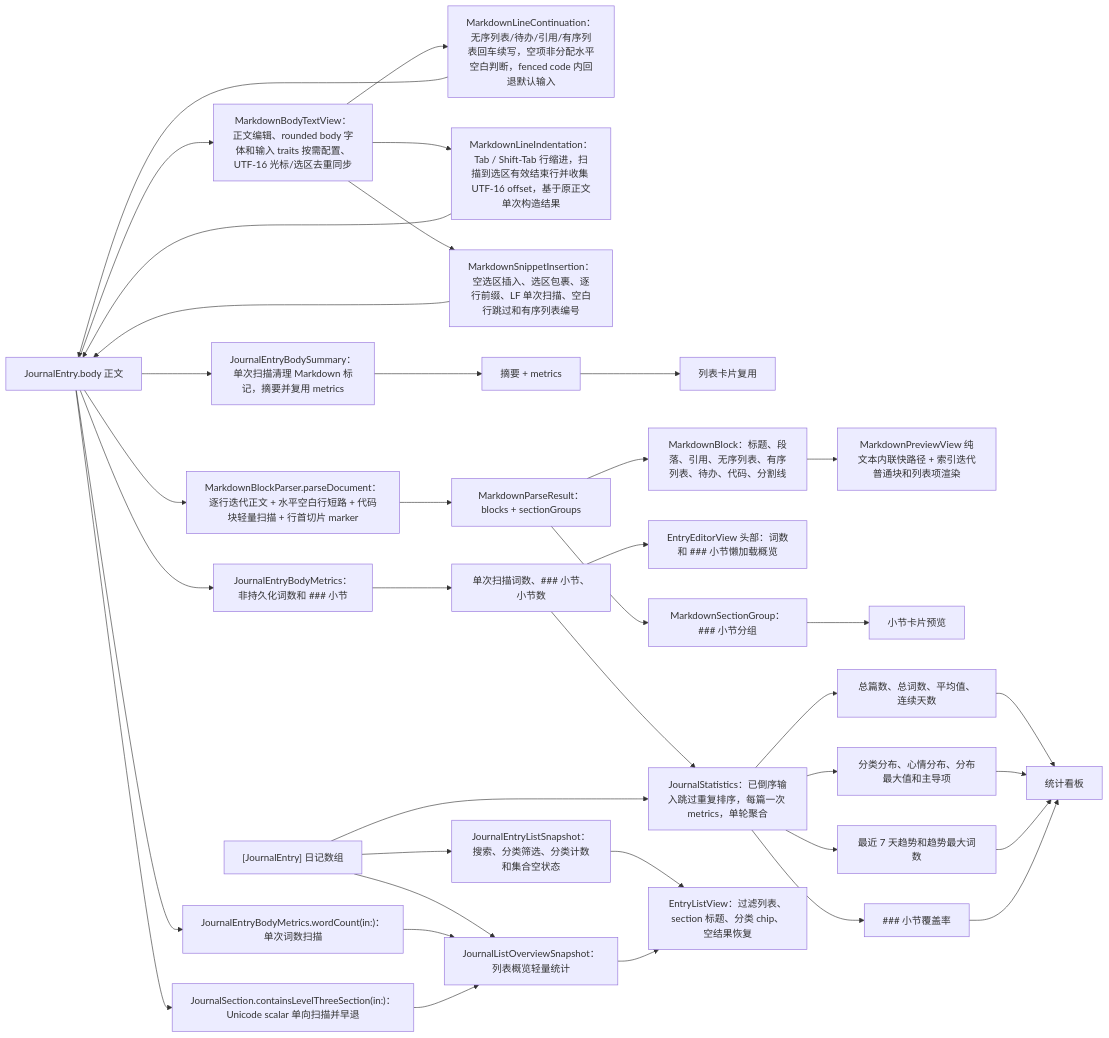
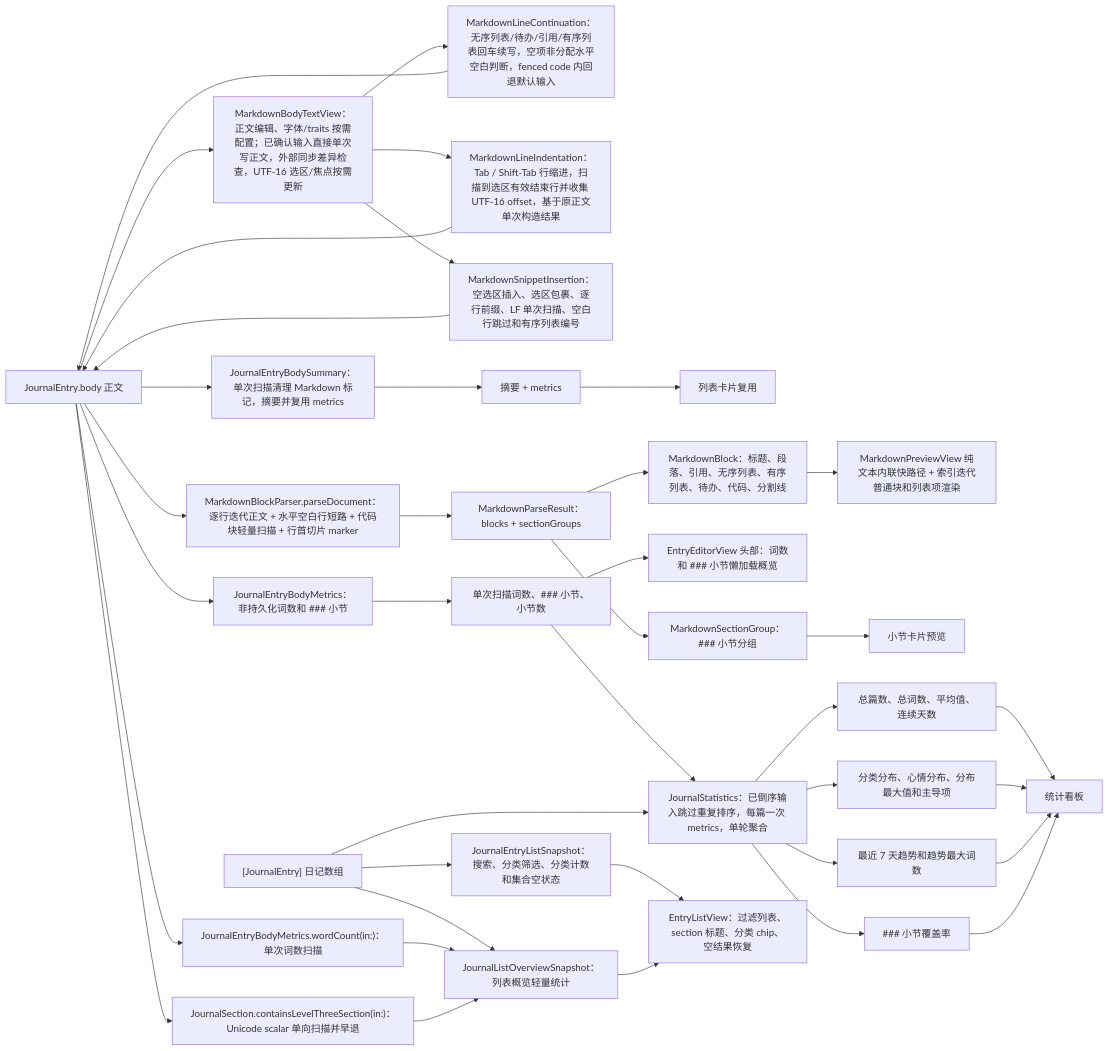
Before and after one commit to Altman-sam114/117: the fourth of 6 diagrams in md/flow/flowchart.md, drawn with Mermaid. The commit also changed other lines of this file and 8 other files, not shown here.

````diff
--- a/md/flow/flowchart.md
+++ b/md/flow/flowchart.md
@@ -124,40 +124,40 @@
 ```mermaid
 flowchart LR
   Body["JournalEntry.body 正文"] --> MetricsNode2["JournalEntryBodyMetrics：非持久化词数和 ### 小节"]
   Body --> OverviewWordCount["JournalEntryBodyMetrics.wordCount(in:)：单次词数扫描"]
   Body --> SectionPresence2["JournalSection.containsLevelThreeSection(in:)：Unicode scalar 单向扫描并早退"]
   Body --> Summary["JournalEntryBodySummary：单次扫描清理 Markdown 标记，摘要并复用 metrics"]
-  Body --> BodyText["MarkdownBodyTextView：正文编辑、rounded body 字体和输入 traits 按需配置、UTF-16 光标/选区去重同步"]
+  Body --> BodyText["MarkdownBodyTextView：正文编辑、字体/traits 按需配置；已确认输入直接单次写正文，外部同步差异检查，UTF-16 选区/焦点按需更新"]
   BodyText --> ContinueRule["MarkdownLineContinuation：无序列表/待办/引用/有序列表回车续写，空项非分配水平空白判断，fenced code 内回退默认输入"]
   ContinueRule --> Body
   BodyText --> IndentRule["MarkdownLineIndentation：Tab / Shift-Tab 行缩进，扫描到选区有效结束行并收集 UTF-16 offset，基于原正文单次构造结果"]
   IndentRule --> Body
   BodyText --> InsertRule["MarkdownSnippetInsertion：空选区插入、选区包裹、逐行前缀、LF 单次扫描、空白行跳过和有序列表编号"]
   InsertRule --> Body
   MetricsNode2 --> MetricsData["单次扫描词数、### 小节、小节数"]
   Summary --> Excerpt["摘要 + metrics"]
   Excerpt --> RowEditor["列表卡片复用"]
   MetricsData --> Statistics["JournalStatistics：已倒序输入跳过重复排序，每篇一次 metrics，单轮聚合"]
   MetricsData --> EditorHeader["EntryEditorView 头部：词数和 ### 小节懒加载概览"]
   Body --> Parse["MarkdownBlockParser.parseDocument：逐行迭代正文 + 水平空白行短路 + 代码块轻量扫描 + 行首切片 marker"]
   Parse --> Result["MarkdownParseResult：blocks + sectionGroups"]
   Result --> Blocks["MarkdownBlock：标题、段落、引用、无序列表、有序列表、待办、代码、分割线"]
   Blocks --> Preview["MarkdownPreviewView 纯文本内联快路径 + 索引迭代普通块和列表项渲染"]
   Result --> Sections["MarkdownSectionGroup：### 小节分组"]
   Sections --> SectionPreview["小节卡片预览"]
   Entries["[JournalEntry] 日记数组"] --> Statistics
   Entries --> ListSnapshot2["JournalEntryListSnapshot：搜索、分类筛选、分类计数和集合空状态"]
   ListSnapshot2 --> ListView["EntryListView：过滤列表、section 标题、分类 chip、空结果恢复"]
   Entries --> ListOverview2["JournalListOverviewSnapshot：列表概览轻量统计"]
   OverviewWordCount --> ListOverview2
   SectionPresence2 --> ListOverview2
   ListOverview2 --> ListView
   Statistics --> Metrics["总篇数、总词数、平均值、连续天数"]
   Statistics --> Distributions["分类分布、心情分布、分布最大值和主导项"]
   Statistics --> Trend["最近 7 天趋势和趋势最大词数"]
   Statistics --> Coverage["### 小节覆盖率"]
   Metrics --> Dashboard["统计看板"]
   Distributions --> Dashboard
   Trend --> Dashboard
   Coverage --> Dashboard
 ```
````
